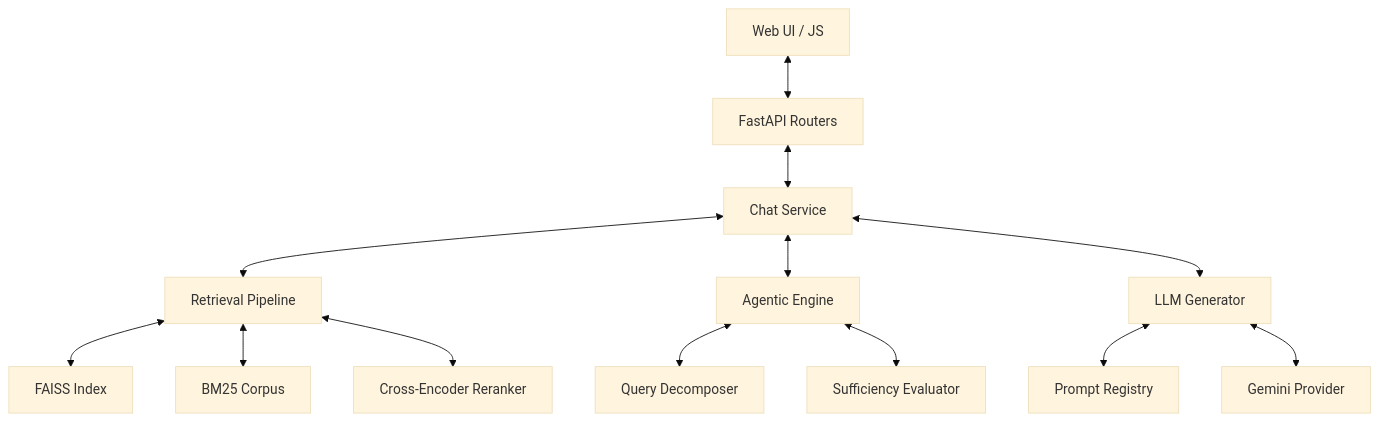
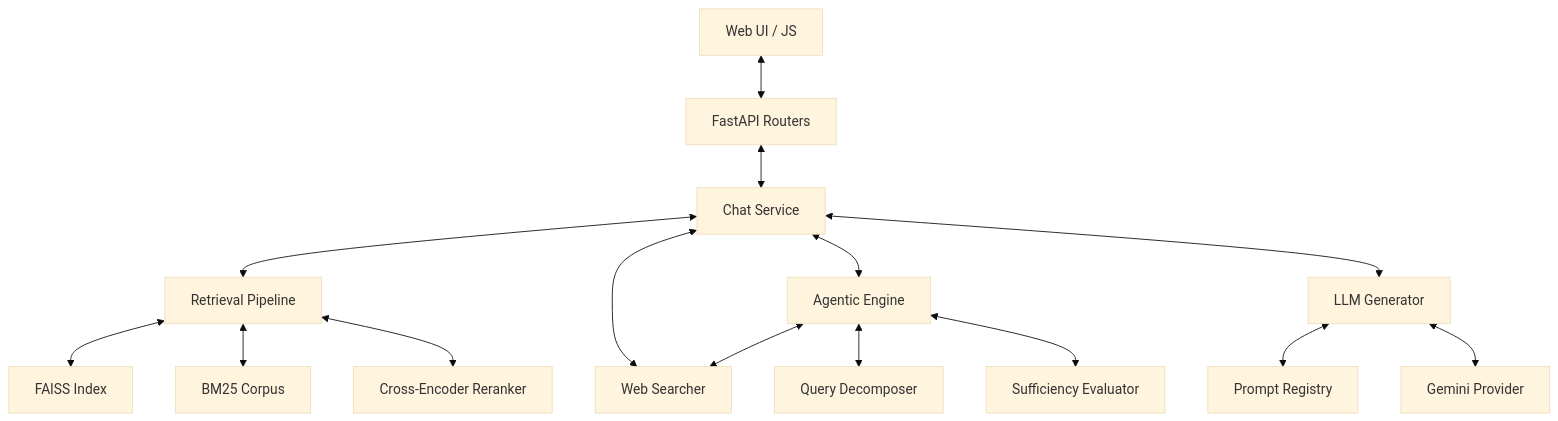
The diagram in README.md (Mike0165115321/BookMind), drawn with Mermaid (base theme) before and after one commit. The commit also changed other lines of this file and 1 other file, not shown here.

````diff
--- a/README.md
+++ b/README.md
@@ -38,18 +39,20 @@
 ```mermaid
 graph TD
     UI[Web UI / JS] <--> API[FastAPI Routers]
     API <--> CHAT[Chat Service]
     CHAT <--> RET[Retrieval Pipeline]
+    CHAT <--> WEB[Web Searcher]
     CHAT <--> AGENT[Agentic Engine]
     CHAT <--> GEN[LLM Generator]
     
     AGENT <--> DEC[Query Decomposer]
     AGENT <--> EVAL[Sufficiency Evaluator]
+    AGENT <--> WEB
     
     RET <--> FAISS[FAISS Index]
     RET <--> BM25[BM25 Corpus]
     RET <--> RERANK[Cross-Encoder Reranker]
     
     GEN <--> PROMPTS[Prompt Registry]
     GEN <--> PROVIDER[Gemini Provider]
 ```
````
